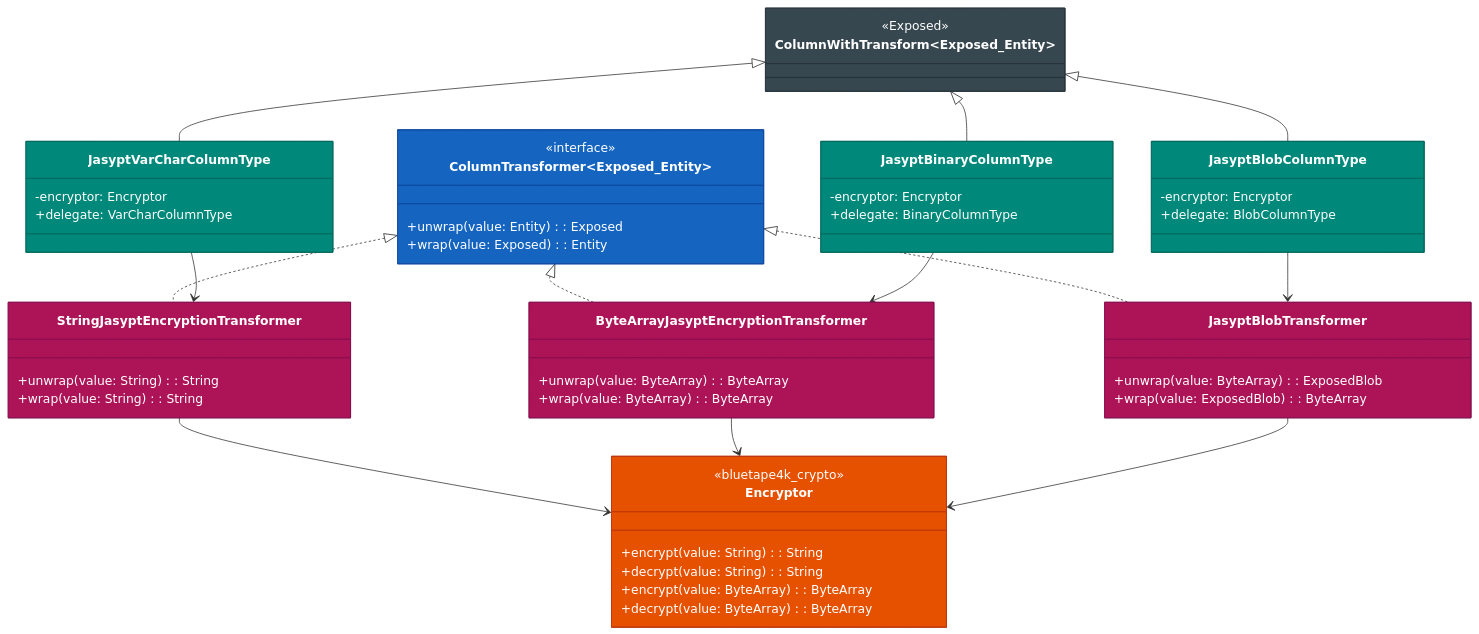
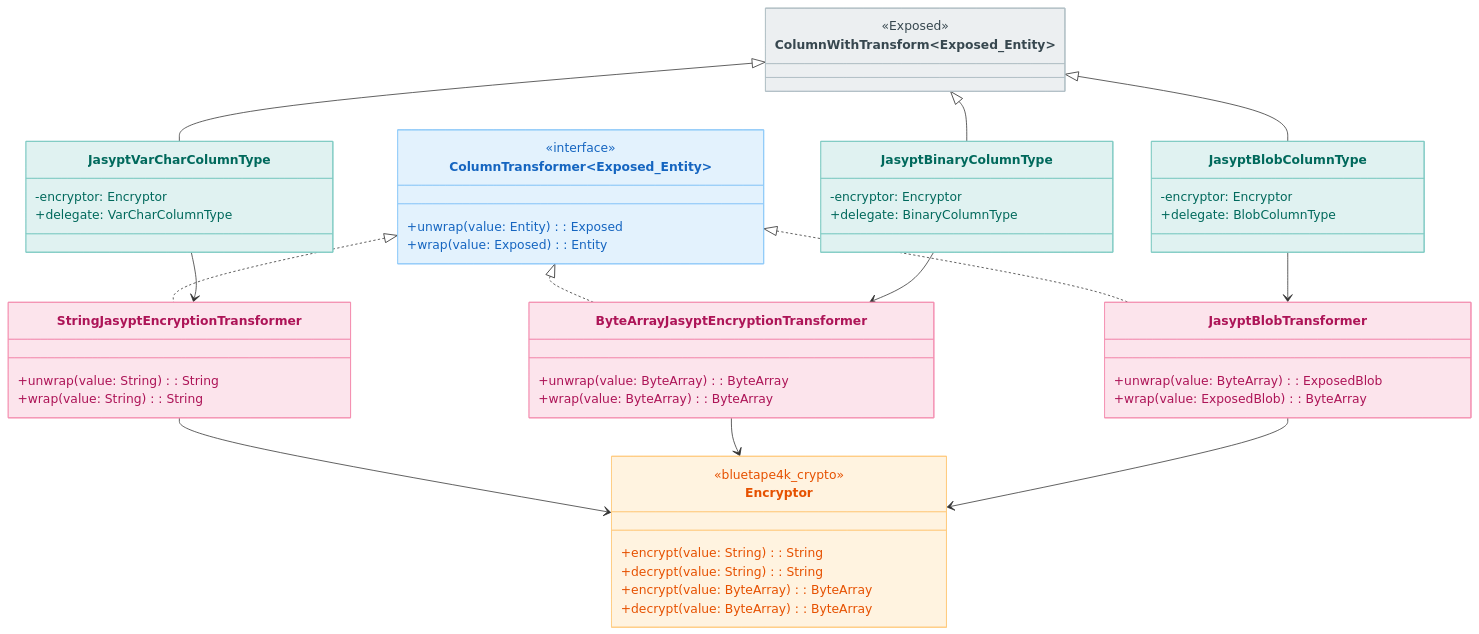
One commit to bluetape4k/bluetape4k-projects changed the second of 4 diagrams in data/exposed-jasypt/README.md. Above: the diagram before and after it, drawn with Mermaid. The commit also changed other lines of this file and 219 other files, not shown here.

First line of the commit message:
docs: 전체 README Mermaid 다이어그램 가이드 적용

````diff
--- a/data/exposed-jasypt/README.md
+++ b/data/exposed-jasypt/README.md
@@ -108,71 +108,71 @@
 ```mermaid
 classDiagram
     class ColumnWithTransform~Exposed_Entity~ {
         <<Exposed>>
     }
     class ColumnTransformer~Exposed_Entity~ {
         <<interface>>
         +unwrap(value: Entity): Exposed
         +wrap(value: Exposed): Entity
     }
 
     class JasyptVarCharColumnType {
         -encryptor: Encryptor
         +delegate: VarCharColumnType
     }
     class JasyptBinaryColumnType {
         -encryptor: Encryptor
         +delegate: BinaryColumnType
     }
     class JasyptBlobColumnType {
         -encryptor: Encryptor
         +delegate: BlobColumnType
     }
 
     class StringJasyptEncryptionTransformer {
         +unwrap(value: String): String
         +wrap(value: String): String
     }
     class ByteArrayJasyptEncryptionTransformer {
         +unwrap(value: ByteArray): ByteArray
         +wrap(value: ByteArray): ByteArray
     }
     class JasyptBlobTransformer {
         +unwrap(value: ByteArray): ExposedBlob
         +wrap(value: ExposedBlob): ByteArray
     }
 
     class Encryptor {
         <<bluetape4k_crypto>>
         +encrypt(value: String): String
         +decrypt(value: String): String
         +encrypt(value: ByteArray): ByteArray
         +decrypt(value: ByteArray): ByteArray
     }
 
     ColumnWithTransform <|-- JasyptVarCharColumnType
     ColumnWithTransform <|-- JasyptBinaryColumnType
     ColumnWithTransform <|-- JasyptBlobColumnType
 
     ColumnTransformer <|.. StringJasyptEncryptionTransformer
     ColumnTransformer <|.. ByteArrayJasyptEncryptionTransformer
     ColumnTransformer <|.. JasyptBlobTransformer
 
     JasyptVarCharColumnType --> StringJasyptEncryptionTransformer
     JasyptBinaryColumnType --> ByteArrayJasyptEncryptionTransformer
     JasyptBlobColumnType --> JasyptBlobTransformer
 
     StringJasyptEncryptionTransformer --> Encryptor
     ByteArrayJasyptEncryptionTransformer --> Encryptor
     JasyptBlobTransformer --> Encryptor
 
-    style ColumnWithTransform fill:#37474F,stroke:#263238,color:#FFFFFF
-    style ColumnTransformer fill:#1565C0,stroke:#0D47A1,color:#FFFFFF
-    style JasyptVarCharColumnType fill:#00897B,stroke:#00695C,color:#FFFFFF
-    style JasyptBinaryColumnType fill:#00897B,stroke:#00695C,color:#FFFFFF
-    style JasyptBlobColumnType fill:#00897B,stroke:#00695C,color:#FFFFFF
-    style StringJasyptEncryptionTransformer fill:#AD1457,stroke:#880E4F,color:#FFFFFF
-    style ByteArrayJasyptEncryptionTransformer fill:#AD1457,stroke:#880E4F,color:#FFFFFF
-    style JasyptBlobTransformer fill:#AD1457,stroke:#880E4F,color:#FFFFFF
-    style Encryptor fill:#E65100,stroke:#BF360C,color:#FFFFFF
+    style ColumnWithTransform fill:#ECEFF1,stroke:#B0BEC5,color:#37474F
+    style ColumnTransformer fill:#E3F2FD,stroke:#90CAF9,color:#1565C0
+    style JasyptVarCharColumnType fill:#E0F2F1,stroke:#80CBC4,color:#00695C
+    style JasyptBinaryColumnType fill:#E0F2F1,stroke:#80CBC4,color:#00695C
+    style JasyptBlobColumnType fill:#E0F2F1,stroke:#80CBC4,color:#00695C
+    style StringJasyptEncryptionTransformer fill:#FCE4EC,stroke:#F48FB1,color:#AD1457
+    style ByteArrayJasyptEncryptionTransformer fill:#FCE4EC,stroke:#F48FB1,color:#AD1457
+    style JasyptBlobTransformer fill:#FCE4EC,stroke:#F48FB1,color:#AD1457
+    style Encryptor fill:#FFF3E0,stroke:#FFCC80,color:#E65100
 ```
````
